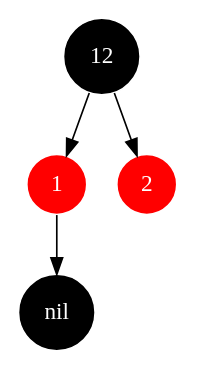
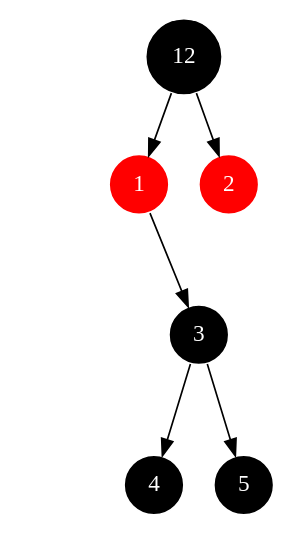
One commit to Jeanhwea/jeanhwea.github.io changed the diagram in article/ds-rbtree.org. Above: the diagram before and after it, drawn with Graphviz. The commit also changed 1 other file, not shown here.

Commit message:
timestamp: 2023-02-22 12:50:16

```diff
--- a/article/ds-rbtree.org
+++ b/article/ds-rbtree.org
@@ -11,13 +11,20 @@
 #+BEGIN_SRC dot :exports results :file ../static/image/2023/0222/122429.png
   digraph {
     graph [ordering="out"];
     node[shape=circle, style=filled, fontcolor=white, color=white];
+
     1  [fillcolor=red];
     2  [fillcolor=red];
+    3  [fillcolor=black];
+    4  [fillcolor=black];
+    5  [fillcolor=black];
     12 [fillcolor=black];
-    nil[fillcolor=black];
+
     12 -> 1;
     12 -> 2;
-    1 -> nil;
+    1 -> blank[style=invis];
+    1 -> 3;
+    3 -> 4;
+    3 -> 5;
   }
 #+END_SRC
```
